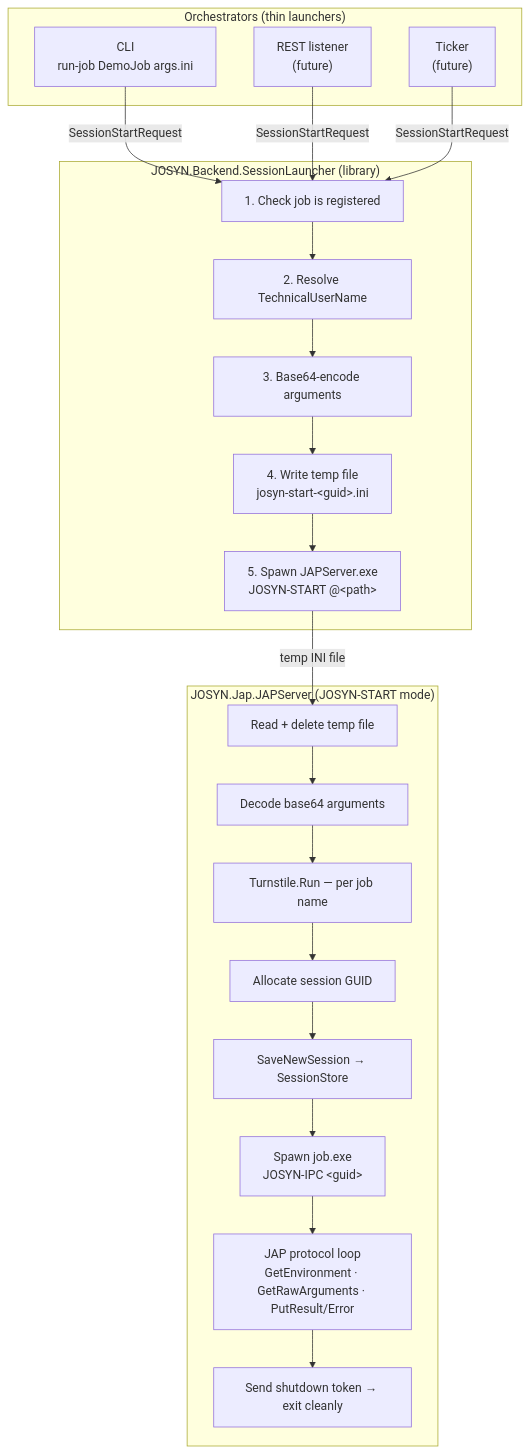
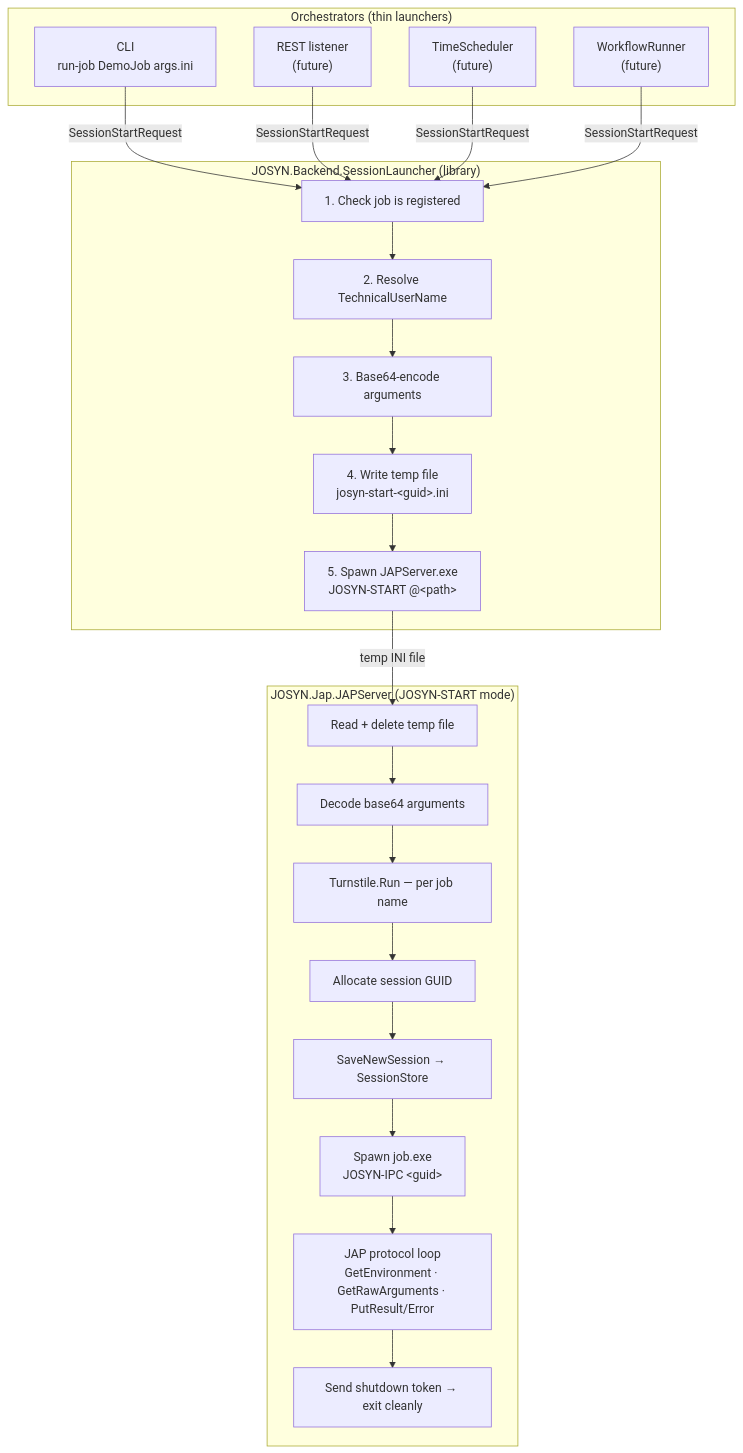
The diagram in guides/session-launch.md (ckluth/josyn-platform), drawn with Mermaid before and after one commit. The commit also changed 4 other files, not shown here.

````diff
--- a/guides/session-launch.md
+++ b/guides/session-launch.md
@@ -21,35 +21,37 @@
 ```mermaid
 flowchart TD
     subgraph Orchestrators["Orchestrators (thin launchers)"]
         CLI["CLI\nrun-job DemoJob args.ini"]
         REST["REST listener\n(future)"]
-        Ticker["Ticker\n(future)"]
+        TimeSched["TimeScheduler\n(future)"]
+        WfRunner["WorkflowRunner\n(future)"]
     end
 
     subgraph Launcher["JOSYN.Backend.SessionLauncher (library)"]
         L1["1. Check job is registered"]
         L2["2. Resolve TechnicalUserName"]
         L3["3. Base64-encode arguments"]
         L4["4. Write temp file\njosyn-start-&lt;guid&gt;.ini"]
         L5["5. Spawn JAPServer.exe\nJOSYN-START @&lt;path&gt;"]
     end
 
     subgraph JAPServer["JOSYN.Jap.JAPServer (JOSYN-START mode)"]
         J1["Read + delete temp file"]
         J2["Decode base64 arguments"]
         J3["Turnstile.Run — per job name"]
         J4["Allocate session GUID"]
         J5["SaveNewSession → SessionStore"]
         J6["Spawn job.exe\nJOSYN-IPC &lt;guid&gt;"]
         J7["JAP protocol loop\nGetEnvironment · GetRawArguments · PutResult/Error"]
         J8["Send shutdown token → exit cleanly"]
     end
 
     CLI -->|SessionStartRequest| L1
     REST -->|SessionStartRequest| L1
-    Ticker -->|SessionStartRequest| L1
+    TimeSched -->|SessionStartRequest| L1
+    WfRunner -->|SessionStartRequest| L1
     L1 --> L2 --> L3 --> L4 --> L5
 
     L5 -->|temp INI file| J1
     J1 --> J2 --> J3 --> J4 --> J5 --> J6 --> J7 --> J8
 ```
````
